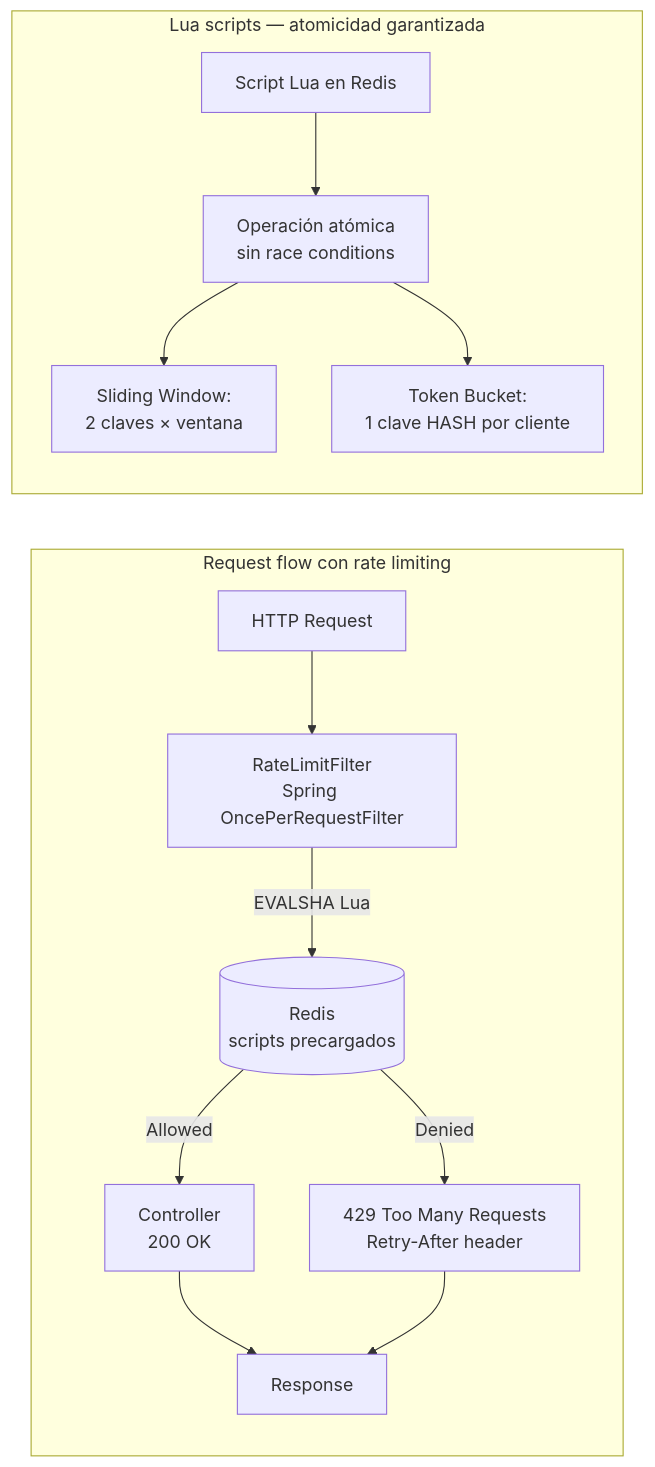
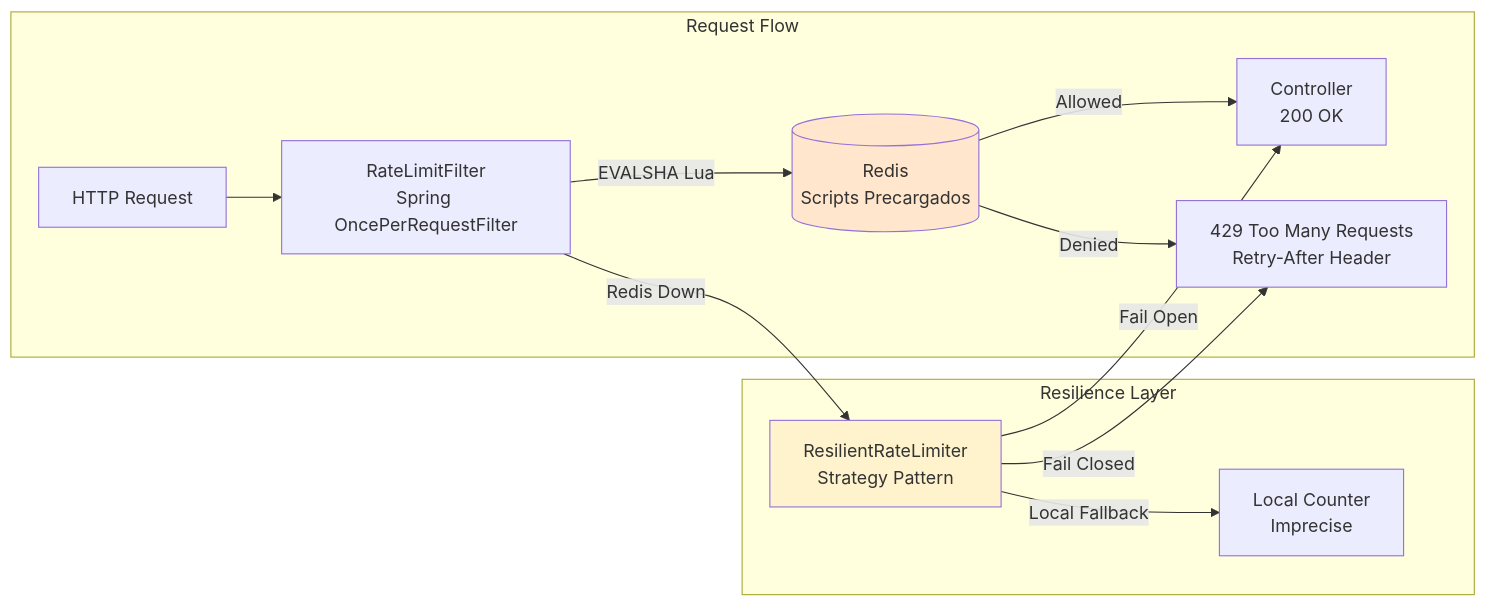
One commit to Joaquinriosheredia/DAM-Java-Mastery changed the second of 3 diagrams in 02_Arquitectura/rate_limiter_distribuido_con_redis_y_java_21_STAFF.md. Above: the diagram before and after it, drawn with Mermaid. The commit also changed other lines of this file, not shown here.

Commit message:
rate_limiter_distribuido_con_redis_y_java_21_STAFF.md

````diff
--- a/02_Arquitectura/rate_limiter_distribuido_con_redis_y_java_21_STAFF.md
+++ b/02_Arquitectura/rate_limiter_distribuido_con_redis_y_java_21_STAFF.md
@@ -449,17 +107,19 @@
 ```mermaid
 graph LR
-    subgraph "Request flow con rate limiting"
+    subgraph "Request Flow"
         REQ[HTTP Request] --> FILTER[RateLimitFilter\nSpring OncePerRequestFilter]
-        FILTER -->|EVALSHA Lua| REDIS[(Redis\nscripts precargados)]
+        FILTER -->|EVALSHA Lua| REDIS[(Redis\nScripts Precargados)]
         REDIS -->|Allowed| CTRL[Controller\n200 OK]
-        REDIS -->|Denied| ERR[429 Too Many Requests\nRetry-After header]
-        CTRL --> RESP[Response]
-        ERR --> RESP
+        REDIS -->|Denied| ERR[429 Too Many Requests\nRetry-After Header]
     end
 
-    subgraph "Lua scripts — atomicidad garantizada"
-        LUA[Script Lua en Redis] --> ATOMIC[Operación atómica\nsin race conditions]
-        ATOMIC --> SW_KEYS[Sliding Window:\n2 claves × ventana]
-        ATOMIC --> TB_KEYS[Token Bucket:\n1 clave HASH por cliente]
+    subgraph "Resilience Layer"
+        FILTER -->|Redis Down| FALLBACK[ResilientRateLimiter\nStrategy Pattern]
+        FALLBACK -->|Fail Open| CTRL
+        FALLBACK -->|Fail Closed| ERR
+        FALLBACK -->|Local Fallback| LOCAL[Local Counter\nImprecise]
     end
+
+    style REDIS fill:#ffe6cc
+    style FALLBACK fill:#fff3cd
 ```
````
